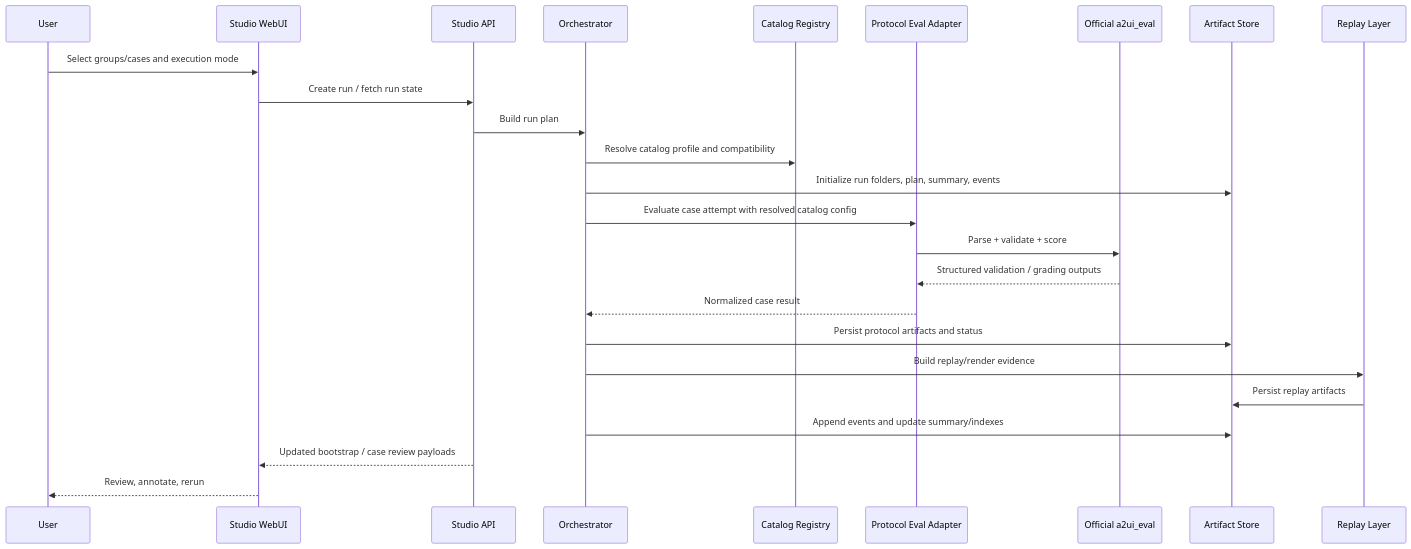
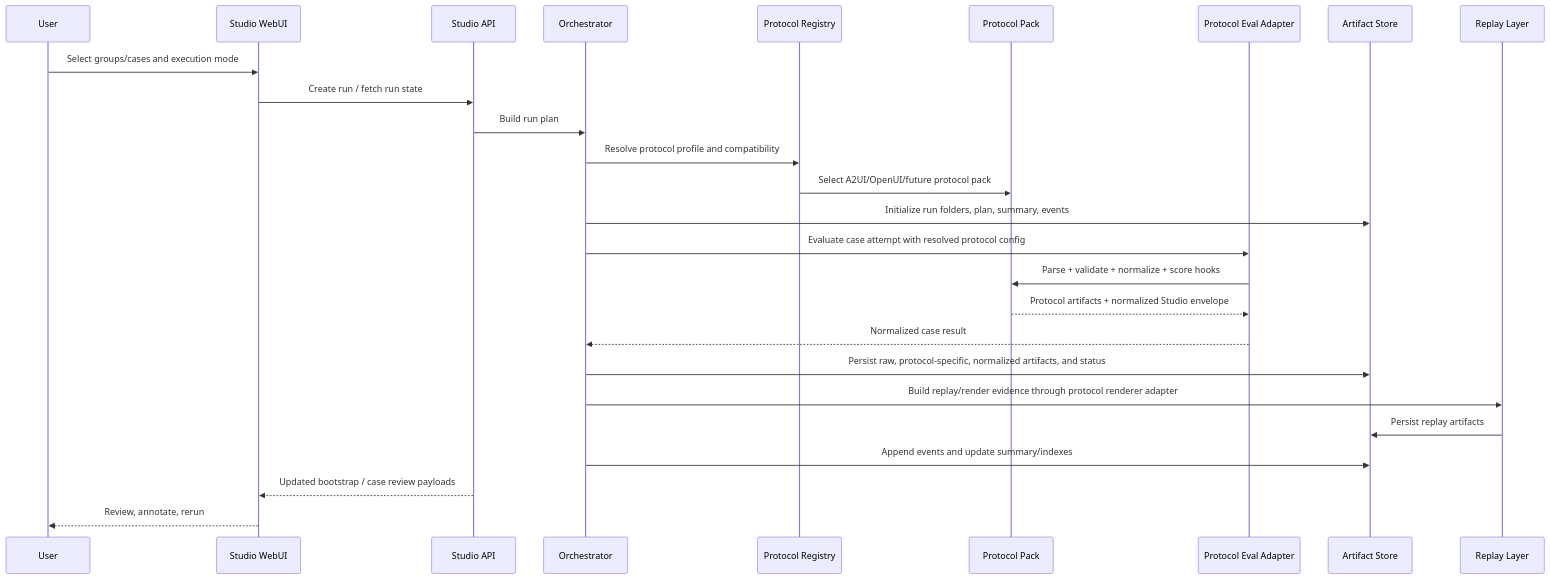
One commit to EndlessJour9527/A2UI changed the third of 10 diagrams in docs/specification/eval-studio-v0.1.md. Above: the diagram before and after it, drawn with Mermaid. The commit also changed other lines of this file and 3 other files, not shown here.

````diff
--- a/docs/specification/eval-studio-v0.1.md
+++ b/docs/specification/eval-studio-v0.1.md
@@ -215,28 +246,29 @@
 ```mermaid
 sequenceDiagram
     participant U as User
     participant W as Studio WebUI
     participant A as Studio API
     participant O as Orchestrator
-    participant C as Catalog Registry
+    participant PR as Protocol Registry
+    participant PP as Protocol Pack
     participant P as Protocol Eval Adapter
-    participant E as Official a2ui_eval
     participant S as Artifact Store
     participant R as Replay Layer
 
     U->>W: Select groups/cases and execution mode
     W->>A: Create run / fetch run state
     A->>O: Build run plan
-    O->>C: Resolve catalog profile and compatibility
+    O->>PR: Resolve protocol profile and compatibility
+    PR->>PP: Select A2UI/OpenUI/future protocol pack
     O->>S: Initialize run folders, plan, summary, events
-    O->>P: Evaluate case attempt with resolved catalog config
-    P->>E: Parse + validate + score
-    E-->>P: Structured validation / grading outputs
+    O->>P: Evaluate case attempt with resolved protocol config
+    P->>PP: Parse + validate + normalize + score hooks
+    PP-->>P: Protocol artifacts + normalized Studio envelope
     P-->>O: Normalized case result
-    O->>S: Persist protocol artifacts and status
-    O->>R: Build replay/render evidence
+    O->>S: Persist raw, protocol-specific, normalized artifacts, and status
+    O->>R: Build replay/render evidence through protocol renderer adapter
     R->>S: Persist replay artifacts
     O->>S: Append events and update summary/indexes
     A-->>W: Updated bootstrap / case review payloads
     W-->>U: Review, annotate, rerun
 ```
````
